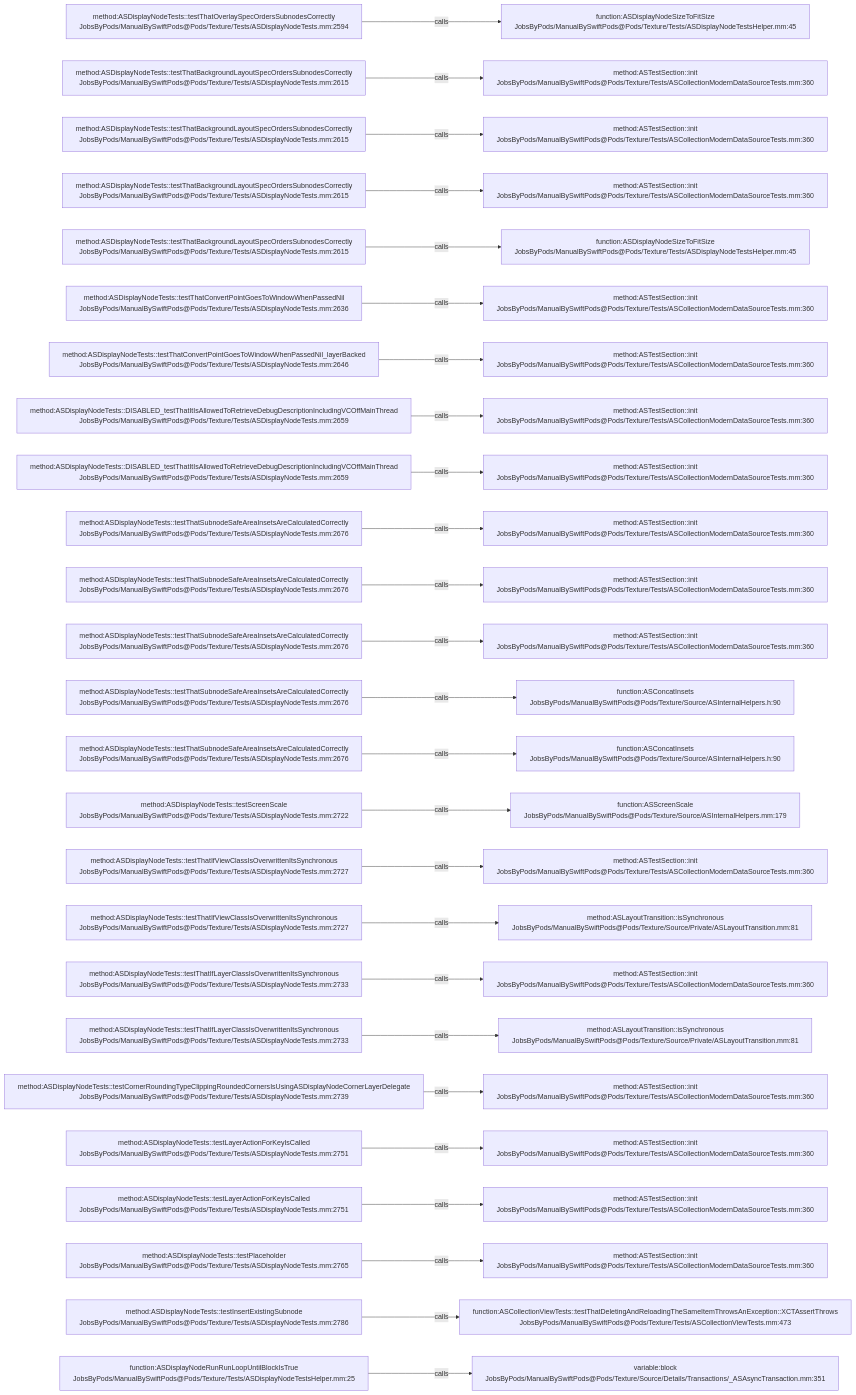
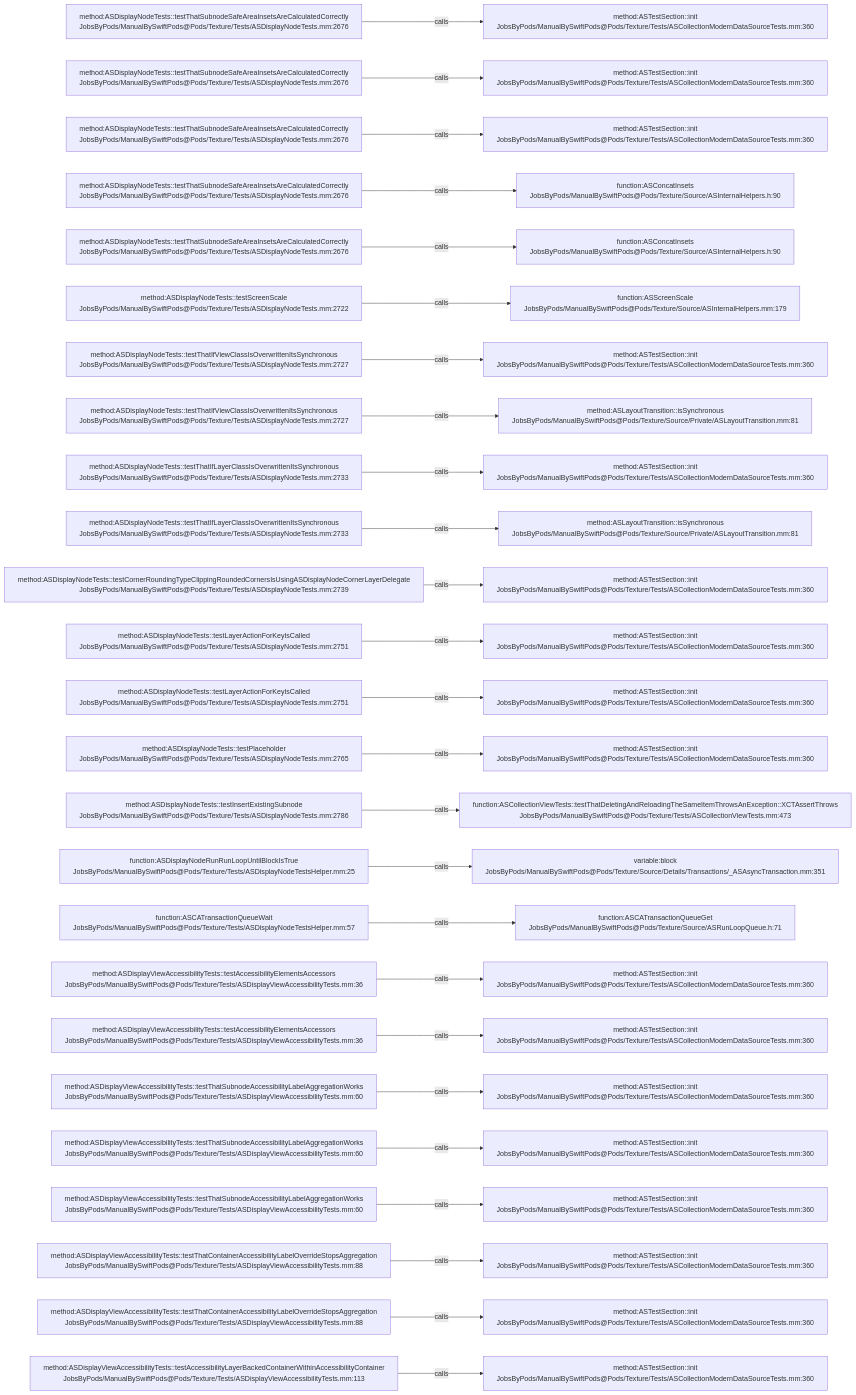
The diagram in .codegraph/codegraph.md/graphs/calls-197.md (JobsKits/JobsSwiftBaseConfigDemo), drawn with Mermaid before and after one commit. The commit also changed 707 other files, not shown here.

````diff
--- a/.codegraph/codegraph.md/graphs/calls-197.md
+++ b/.codegraph/codegraph.md/graphs/calls-197.md
@@ -13,78 +13,78 @@
 ```mermaid
 flowchart LR
-  S1["method:ASDisplayNodeTests::testThatOverlaySpecOrdersSubnodesCorrectly<br/>JobsByPods/ManualBySwiftPods@Pods/Texture/Tests/ASDisplayNodeTests.mm:2594"]
-  T1["function:ASDisplayNodeSizeToFitSize<br/>JobsByPods/ManualBySwiftPods@Pods/Texture/Tests/ASDisplayNodeTestsHelper.mm:45"]
+  S1["method:ASDisplayNodeTests::testThatSubnodeSafeAreaInsetsAreCalculatedCorrectly<br/>JobsByPods/ManualBySwiftPods@Pods/Texture/Tests/ASDisplayNodeTests.mm:2676"]
+  T1["method:ASTestSection::init<br/>JobsByPods/ManualBySwiftPods@Pods/Texture/Tests/ASCollectionModernDataSourceTests.mm:360"]
   S1 -->|calls| T1
-  S2["method:ASDisplayNodeTests::testThatBackgroundLayoutSpecOrdersSubnodesCorrectly<br/>JobsByPods/ManualBySwiftPods@Pods/Texture/Tests/ASDisplayNodeTests.mm:2615"]
+  S2["method:ASDisplayNodeTests::testThatSubnodeSafeAreaInsetsAreCalculatedCorrectly<br/>JobsByPods/ManualBySwiftPods@Pods/Texture/Tests/ASDisplayNodeTests.mm:2676"]
   T2["method:ASTestSection::init<br/>JobsByPods/ManualBySwiftPods@Pods/Texture/Tests/ASCollectionModernDataSourceTests.mm:360"]
   S2 -->|calls| T2
-  S3["method:ASDisplayNodeTests::testThatBackgroundLayoutSpecOrdersSubnodesCorrectly<br/>JobsByPods/ManualBySwiftPods@Pods/Texture/Tests/ASDisplayNodeTests.mm:2615"]
+  S3["method:ASDisplayNodeTests::testThatSubnodeSafeAreaInsetsAreCalculatedCorrectly<br/>JobsByPods/ManualBySwiftPods@Pods/Texture/Tests/ASDisplayNodeTests.mm:2676"]
   T3["method:ASTestSection::init<br/>JobsByPods/ManualBySwiftPods@Pods/Texture/Tests/ASCollectionModernDataSourceTests.mm:360"]
   S3 -->|calls| T3
-  S4["method:ASDisplayNodeTests::testThatBackgroundLayoutSpecOrdersSubnodesCorrectly<br/>JobsByPods/ManualBySwiftPods@Pods/Texture/Tests/ASDisplayNodeTests.mm:2615"]
-  T4["method:ASTestSection::init<br/>JobsByPods/ManualBySwiftPods@Pods/Texture/Tests/ASCollectionModernDataSourceTests.mm:360"]
+  S4["method:ASDisplayNodeTests::testThatSubnodeSafeAreaInsetsAreCalculatedCorrectly<br/>JobsByPods/ManualBySwiftPods@Pods/Texture/Tests/ASDisplayNodeTests.mm:2676"]
+  T4["function:ASConcatInsets<br/>JobsByPods/ManualBySwiftPods@Pods/Texture/Source/ASInternalHelpers.h:90"]
   S4 -->|calls| T4
-  S5["method:ASDisplayNodeTests::testThatBackgroundLayoutSpecOrdersSubnodesCorrectly<br/>JobsByPods/ManualBySwiftPods@Pods/Texture/Tests/ASDisplayNodeTests.mm:2615"]
-  T5["function:ASDisplayNodeSizeToFitSize<br/>JobsByPods/ManualBySwiftPods@Pods/Texture/Tests/ASDisplayNodeTestsHelper.mm:45"]
+  S5["method:ASDisplayNodeTests::testThatSubnodeSafeAreaInsetsAreCalculatedCorrectly<br/>JobsByPods/ManualBySwiftPods@Pods/Texture/Tests/ASDisplayNodeTests.mm:2676"]
+  T5["function:ASConcatInsets<br/>JobsByPods/ManualBySwiftPods@Pods/Texture/Source/ASInternalHelpers.h:90"]
   S5 -->|calls| T5
-  S6["method:ASDisplayNodeTests::testThatConvertPointGoesToWindowWhenPassedNil<br/>JobsByPods/ManualBySwiftPods@Pods/Texture/Tests/ASDisplayNodeTests.mm:2636"]
-  T6["method:ASTestSection::init<br/>JobsByPods/ManualBySwiftPods@Pods/Texture/Tests/ASCollectionModernDataSourceTests.mm:360"]
+  S6["method:ASDisplayNodeTests::testScreenScale<br/>JobsByPods/ManualBySwiftPods@Pods/Texture/Tests/ASDisplayNodeTests.mm:2722"]
+  T6["function:ASScreenScale<br/>JobsByPods/ManualBySwiftPods@Pods/Texture/Source/ASInternalHelpers.mm:179"]
   S6 -->|calls| T6
-  S7["method:ASDisplayNodeTests::testThatConvertPointGoesToWindowWhenPassedNil_layerBacked<br/>JobsByPods/ManualBySwiftPods@Pods/Texture/Tests/ASDisplayNodeTests.mm:2646"]
+  S7["method:ASDisplayNodeTests::testThatIfViewClassIsOverwrittenItsSynchronous<br/>JobsByPods/ManualBySwiftPods@Pods/Texture/Tests/ASDisplayNodeTests.mm:2727"]
   T7["method:ASTestSection::init<br/>JobsByPods/ManualBySwiftPods@Pods/Texture/Tests/ASCollectionModernDataSourceTests.mm:360"]
   S7 -->|calls| T7
-  S8["method:ASDisplayNodeTests::DISABLED_testThatItIsAllowedToRetrieveDebugDescriptionIncludingVCOffMainThread<br/>JobsByPods/ManualBySwiftPods@Pods/Texture/Tests/ASDisplayNodeTests.mm:2659"]
-  T8["method:ASTestSection::init<br/>JobsByPods/ManualBySwiftPods@Pods/Texture/Tests/ASCollectionModernDataSourceTests.mm:360"]
+  S8["method:ASDisplayNodeTests::testThatIfViewClassIsOverwrittenItsSynchronous<br/>JobsByPods/ManualBySwiftPods@Pods/Texture/Tests/ASDisplayNodeTests.mm:2727"]
+  T8["method:ASLayoutTransition::isSynchronous<br/>JobsByPods/ManualBySwiftPods@Pods/Texture/Source/Private/ASLayoutTransition.mm:81"]
   S8 -->|calls| T8
-  S9["method:ASDisplayNodeTests::DISABLED_testThatItIsAllowedToRetrieveDebugDescriptionIncludingVCOffMainThread<br/>JobsByPods/ManualBySwiftPods@Pods/Texture/Tests/ASDisplayNodeTests.mm:2659"]
+  S9["method:ASDisplayNodeTests::testThatIfLayerClassIsOverwrittenItsSynchronous<br/>JobsByPods/ManualBySwiftPods@Pods/Texture/Tests/ASDisplayNodeTests.mm:2733"]
   T9["method:ASTestSection::init<br/>JobsByPods/ManualBySwiftPods@Pods/Texture/Tests/ASCollectionModernDataSourceTests.mm:360"]
   S9 -->|calls| T9
-  S10["method:ASDisplayNodeTests::testThatSubnodeSafeAreaInsetsAreCalculatedCorrectly<br/>JobsByPods/ManualBySwiftPods@Pods/Texture/Tests/ASDisplayNodeTests.mm:2676"]
-  T10["method:ASTestSection::init<br/>JobsByPods/ManualBySwiftPods@Pods/Texture/Tests/ASCollectionModernDataSourceTests.mm:360"]
+  S10["method:ASDisplayNodeTests::testThatIfLayerClassIsOverwrittenItsSynchronous<br/>JobsByPods/ManualBySwiftPods@Pods/Texture/Tests/ASDisplayNodeTests.mm:2733"]
+  T10["method:ASLayoutTransition::isSynchronous<br/>JobsByPods/ManualBySwiftPods@Pods/Texture/Source/Private/ASLayoutTransition.mm:81"]
   S10 -->|calls| T10
-  S11["method:ASDisplayNodeTests::testThatSubnodeSafeAreaInsetsAreCalculatedCorrectly<br/>JobsByPods/ManualBySwiftPods@Pods/Texture/Tests/ASDisplayNodeTests.mm:2676"]
+  S11["method:ASDisplayNodeTests::testCornerRoundingTypeClippingRoundedCornersIsUsingASDisplayNodeCornerLayerDelegate<br/>JobsByPods/ManualBySwiftPods@Pods/Texture/Tests/ASDisplayNodeTests.mm:2739"]
   T11["method:ASTestSection::init<br/>JobsByPods/ManualBySwiftPods@Pods/Texture/Tests/ASCollectionModernDataSourceTests.mm:360"]
   S11 -->|calls| T11
-  S12["method:ASDisplayNodeTests::testThatSubnodeSafeAreaInsetsAreCalculatedCorrectly<br/>JobsByPods/ManualBySwiftPods@Pods/Texture/Tests/ASDisplayNodeTests.mm:2676"]
+  S12["method:ASDisplayNodeTests::testLayerActionForKeyIsCalled<br/>JobsByPods/ManualBySwiftPods@Pods/Texture/Tests/ASDisplayNodeTests.mm:2751"]
   T12["method:ASTestSection::init<br/>JobsByPods/ManualBySwiftPods@Pods/Texture/Tests/ASCollectionModernDataSourceTests.mm:360"]
   S12 -->|calls| T12
-  S13["method:ASDisplayNodeTests::testThatSubnodeSafeAreaInsetsAreCalculatedCorrectly<br/>JobsByPods/ManualBySwiftPods@Pods/Texture/Tests/ASDisplayNodeTests.mm:2676"]
-  T13["function:ASConcatInsets<br/>JobsByPods/ManualBySwiftPods@Pods/Texture/Source/ASInternalHelpers.h:90"]
+  S13["method:ASDisplayNodeTests::testLayerActionForKeyIsCalled<br/>JobsByPods/ManualBySwiftPods@Pods/Texture/Tests/ASDisplayNodeTests.mm:2751"]
+  T13["method:ASTestSection::init<br/>JobsByPods/ManualBySwiftPods@Pods/Texture/Tests/ASCollectionModernDataSourceTests.mm:360"]
   S13 -->|calls| T13
-  S14["method:ASDisplayNodeTests::testThatSubnodeSafeAreaInsetsAreCalculatedCorrectly<br/>JobsByPods/ManualBySwiftPods@Pods/Texture/Tests/ASDisplayNodeTests.mm:2676"]
-  T14["function:ASConcatInsets<br/>JobsByPods/ManualBySwiftPods@Pods/Texture/Source/ASInternalHelpers.h:90"]
+  S14["method:ASDisplayNodeTests::testPlaceholder<br/>JobsByPods/ManualBySwiftPods@Pods/Texture/Tests/ASDisplayNodeTests.mm:2765"]
+  T14["method:ASTestSection::init<br/>JobsByPods/ManualBySwiftPods@Pods/Texture/Tests/ASCollectionModernDataSourceTests.mm:360"]
   S14 -->|calls| T14
-  S15["method:ASDisplayNodeTests::testScreenScale<br/>JobsByPods/ManualBySwiftPods@Pods/Texture/Tests/ASDisplayNodeTests.mm:2722"]
-  T15["function:ASScreenScale<br/>JobsByPods/ManualBySwiftPods@Pods/Texture/Source/ASInternalHelpers.mm:179"]
+  S15["method:ASDisplayNodeTests::testInsertExistingSubnode<br/>JobsByPods/ManualBySwiftPods@Pods/Texture/Tests/ASDisplayNodeTests.mm:2786"]
+  T15["function:ASCollectionViewTests::testThatDeletingAndReloadingTheSameItemThrowsAnException::XCTAssertThrows<br/>JobsByPods/ManualBySwiftPods@Pods/Texture/Tests/ASCollectionViewTests.mm:473"]
   S15 -->|calls| T15
-  S16["method:ASDisplayNodeTests::testThatIfViewClassIsOverwrittenItsSynchronous<br/>JobsByPods/ManualBySwiftPods@Pods/Texture/Tests/ASDisplayNodeTests.mm:2727"]
-  T16["method:ASTestSection::init<br/>JobsByPods/ManualBySwiftPods@Pods/Texture/Tests/ASCollectionModernDataSourceTests.mm:360"]
+  S16["function:ASDisplayNodeRunRunLoopUntilBlockIsTrue<br/>JobsByPods/ManualBySwiftPods@Pods/Texture/Tests/ASDisplayNodeTestsHelper.mm:25"]
+  T16["variable:block<br/>JobsByPods/ManualBySwiftPods@Pods/Texture/Source/Details/Transactions/_ASAsyncTransaction.mm:351"]
   S16 -->|calls| T16
-  S17["method:ASDisplayNodeTests::testThatIfViewClassIsOverwrittenItsSynchronous<br/>JobsByPods/ManualBySwiftPods@Pods/Texture/Tests/ASDisplayNodeTests.mm:2727"]
-  T17["method:ASLayoutTransition::isSynchronous<br/>JobsByPods/ManualBySwiftPods@Pods/Texture/Source/Private/ASLayoutTransition.mm:81"]
+  S17["function:ASCATransactionQueueWait<br/>JobsByPods/ManualBySwiftPods@Pods/Texture/Tests/ASDisplayNodeTestsHelper.mm:57"]
+  T17["function:ASCATransactionQueueGet<br/>JobsByPods/ManualBySwiftPods@Pods/Texture/Source/ASRunLoopQueue.h:71"]
   S17 -->|calls| T17
-  S18["method:ASDisplayNodeTests::testThatIfLayerClassIsOverwrittenItsSynchronous<br/>JobsByPods/ManualBySwiftPods@Pods/Texture/Tests/ASDisplayNodeTests.mm:2733"]
+  S18["method:ASDisplayViewAccessibilityTests::testAccessibilityElementsAccessors<br/>JobsByPods/ManualBySwiftPods@Pods/Texture/Tests/ASDisplayViewAccessibilityTests.mm:36"]
   T18["method:ASTestSection::init<br/>JobsByPods/ManualBySwiftPods@Pods/Texture/Tests/ASCollectionModernDataSourceTests.mm:360"]
   S18 -->|calls| T18
-  S19["method:ASDisplayNodeTests::testThatIfLayerClassIsOverwrittenItsSynchronous<br/>JobsByPods/ManualBySwiftPods@Pods/Texture/Tests/ASDisplayNodeTests.mm:2733"]
-  T19["method:ASLayoutTransition::isSynchronous<br/>JobsByPods/ManualBySwiftPods@Pods/Texture/Source/Private/ASLayoutTransition.mm:81"]
+  S19["method:ASDisplayViewAccessibilityTests::testAccessibilityElementsAccessors<br/>JobsByPods/ManualBySwiftPods@Pods/Texture/Tests/ASDisplayViewAccessibilityTests.mm:36"]
+  T19["method:ASTestSection::init<br/>JobsByPods/ManualBySwiftPods@Pods/Texture/Tests/ASCollectionModernDataSourceTests.mm:360"]
   S19 -->|calls| T19
-  S20["method:ASDisplayNodeTests::testCornerRoundingTypeClippingRoundedCornersIsUsingASDisplayNodeCornerLayerDelegate<br/>JobsByPods/ManualBySwiftPods@Pods/Texture/Tests/ASDisplayNodeTests.mm:2739"]
+  S20["method:ASDisplayViewAccessibilityTests::testThatSubnodeAccessibilityLabelAggregationWorks<br/>JobsByPods/ManualBySwiftPods@Pods/Texture/Tests/ASDisplayViewAccessibilityTests.mm:60"]
   T20["method:ASTestSection::init<br/>JobsByPods/ManualBySwiftPods@Pods/Texture/Tests/ASCollectionModernDataSourceTests.mm:360"]
   S20 -->|calls| T20
-  S21["method:ASDisplayNodeTests::testLayerActionForKeyIsCalled<br/>JobsByPods/ManualBySwiftPods@Pods/Texture/Tests/ASDisplayNodeTests.mm:2751"]
+  S21["method:ASDisplayViewAccessibilityTests::testThatSubnodeAccessibilityLabelAggregationWorks<br/>JobsByPods/ManualBySwiftPods@Pods/Texture/Tests/ASDisplayViewAccessibilityTests.mm:60"]
   T21["method:ASTestSection::init<br/>JobsByPods/ManualBySwiftPods@Pods/Texture/Tests/ASCollectionModernDataSourceTests.mm:360"]
   S21 -->|calls| T21
-  S22["method:ASDisplayNodeTests::testLayerActionForKeyIsCalled<br/>JobsByPods/ManualBySwiftPods@Pods/Texture/Tests/ASDisplayNodeTests.mm:2751"]
+  S22["method:ASDisplayViewAccessibilityTests::testThatSubnodeAccessibilityLabelAggregationWorks<br/>JobsByPods/ManualBySwiftPods@Pods/Texture/Tests/ASDisplayViewAccessibilityTests.mm:60"]
   T22["method:ASTestSection::init<br/>JobsByPods/ManualBySwiftPods@Pods/Texture/Tests/ASCollectionModernDataSourceTests.mm:360"]
   S22 -->|calls| T22
-  S23["method:ASDisplayNodeTests::testPlaceholder<br/>JobsByPods/ManualBySwiftPods@Pods/Texture/Tests/ASDisplayNodeTests.mm:2765"]
+  S23["method:ASDisplayViewAccessibilityTests::testThatContainerAccessibilityLabelOverrideStopsAggregation<br/>JobsByPods/ManualBySwiftPods@Pods/Texture/Tests/ASDisplayViewAccessibilityTests.mm:88"]
   T23["method:ASTestSection::init<br/>JobsByPods/ManualBySwiftPods@Pods/Texture/Tests/ASCollectionModernDataSourceTests.mm:360"]
   S23 -->|calls| T23
-  S24["method:ASDisplayNodeTests::testInsertExistingSubnode<br/>JobsByPods/ManualBySwiftPods@Pods/Texture/Tests/ASDisplayNodeTests.mm:2786"]
-  T24["function:ASCollectionViewTests::testThatDeletingAndReloadingTheSameItemThrowsAnException::XCTAssertThrows<br/>JobsByPods/ManualBySwiftPods@Pods/Texture/Tests/ASCollectionViewTests.mm:473"]
+  S24["method:ASDisplayViewAccessibilityTests::testThatContainerAccessibilityLabelOverrideStopsAggregation<br/>JobsByPods/ManualBySwiftPods@Pods/Texture/Tests/ASDisplayViewAccessibilityTests.mm:88"]
+  T24["method:ASTestSection::init<br/>JobsByPods/ManualBySwiftPods@Pods/Texture/Tests/ASCollectionModernDataSourceTests.mm:360"]
   S24 -->|calls| T24
-  S25["function:ASDisplayNodeRunRunLoopUntilBlockIsTrue<br/>JobsByPods/ManualBySwiftPods@Pods/Texture/Tests/ASDisplayNodeTestsHelper.mm:25"]
-  T25["variable:block<br/>JobsByPods/ManualBySwiftPods@Pods/Texture/Source/Details/Transactions/_ASAsyncTransaction.mm:351"]
+  S25["method:ASDisplayViewAccessibilityTests::testAccessibilityLayerBackedContainerWithinAccessibilityContainer<br/>JobsByPods/ManualBySwiftPods@Pods/Texture/Tests/ASDisplayViewAccessibilityTests.mm:113"]
+  T25["method:ASTestSection::init<br/>JobsByPods/ManualBySwiftPods@Pods/Texture/Tests/ASCollectionModernDataSourceTests.mm:360"]
   S25 -->|calls| T25
 ```
````
